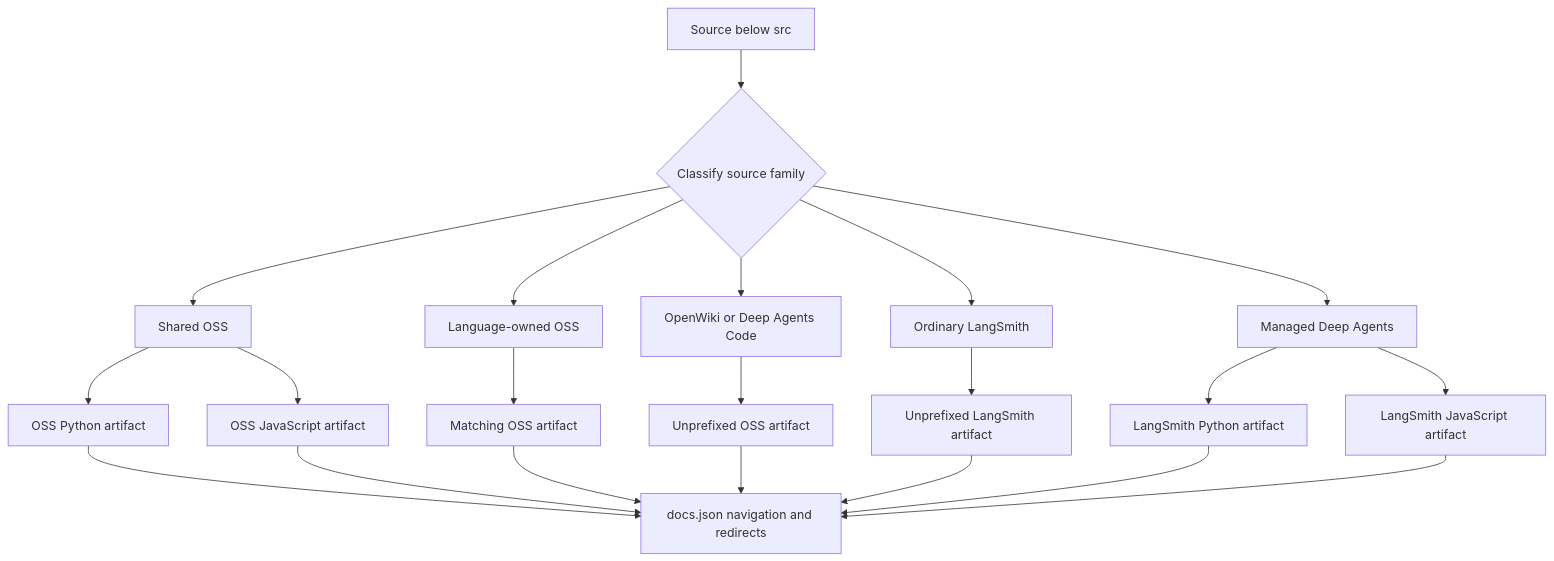
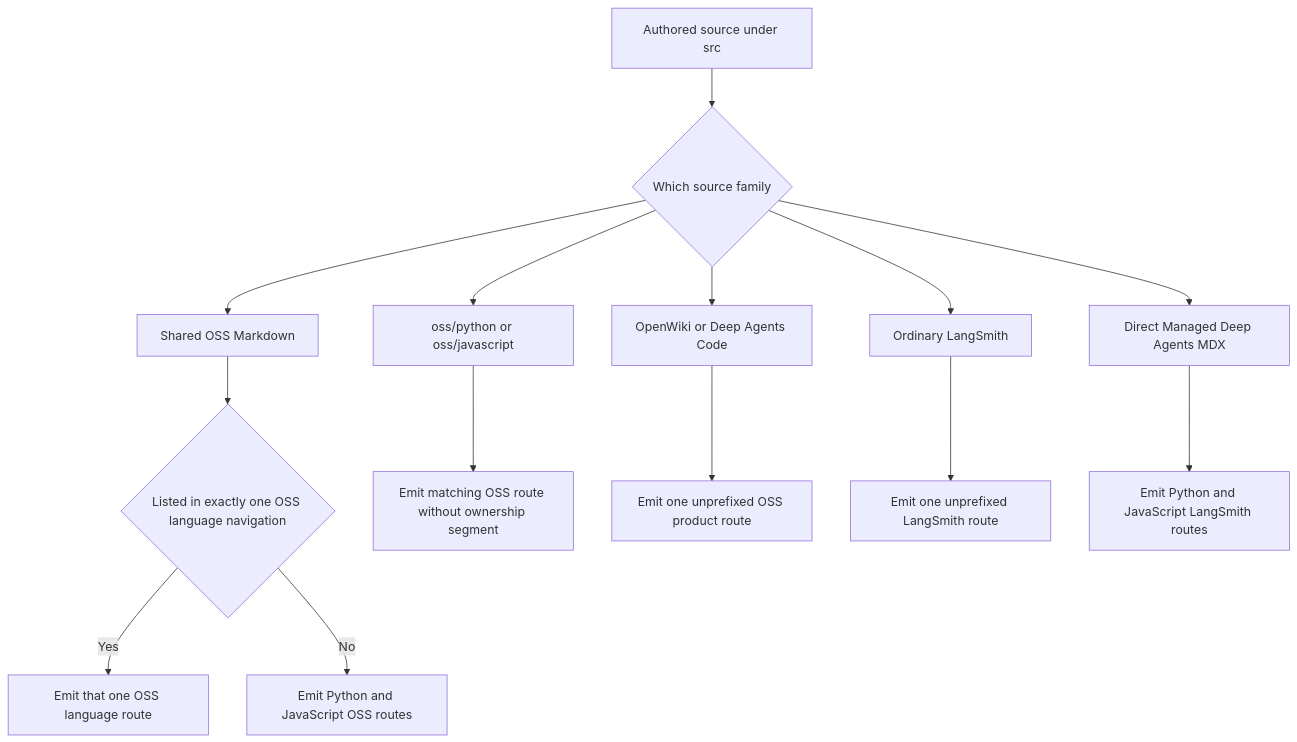
The diagram in openwiki/concepts/versioning.md (langchain-ai/docs), drawn with Mermaid before and after one commit. The commit also changed other lines of this file and 45 other files, not shown here.

````diff
--- a/openwiki/concepts/versioning.md
+++ b/openwiki/concepts/versioning.md
@@ -52,23 +44,16 @@
 ```mermaid
 flowchart TD
-    Source["Source below src"] --> Family{"Classify source family"}
-    Family --> Shared["Shared OSS"]
-    Shared --> PyOss["OSS Python artifact"]
-    Shared --> JsOss["OSS JavaScript artifact"]
-    Family --> Owned["Language-owned OSS"]
-    Owned --> OneOss["Matching OSS artifact"]
+    Source["Authored source under src"] --> Family{"Which source family"}
+    Family --> Shared["Shared OSS Markdown"]
+    Shared --> Nav{"Listed in exactly one OSS language navigation"}
+    Nav -->|"Yes"| OneShared["Emit that one OSS language route"]
+    Nav -->|"No"| BothShared["Emit Python and JavaScript OSS routes"]
+    Family --> Owned["oss/python or oss/javascript"]
+    Owned --> OwnedRoute["Emit matching OSS route without ownership segment"]
     Family --> Product["OpenWiki or Deep Agents Code"]
-    Product --> PlainProduct["Unprefixed OSS artifact"]
-    Family --> LangSmith["Ordinary LangSmith"]
-    LangSmith --> PlainLangSmith["Unprefixed LangSmith artifact"]
-    Family --> Managed["Managed Deep Agents"]
-    Managed --> PyManaged["LangSmith Python artifact"]
-    Managed --> JsManaged["LangSmith JavaScript artifact"]
-    PyOss --> Config["docs.json navigation and redirects"]
-    JsOss --> Config
-    OneOss --> Config
-    PlainProduct --> Config
-    PlainLangSmith --> Config
-    PyManaged --> Config
-    JsManaged --> Config
+    Product --> PlainProduct["Emit one unprefixed OSS product route"]
+    Family --> Ordinary["Ordinary LangSmith"]
+    Ordinary --> PlainLangSmith["Emit one unprefixed LangSmith route"]
+    Family --> Managed["Direct Managed Deep Agents MDX"]
+    Managed --> ManagedRoutes["Emit Python and JavaScript LangSmith routes"]
 ```
````
